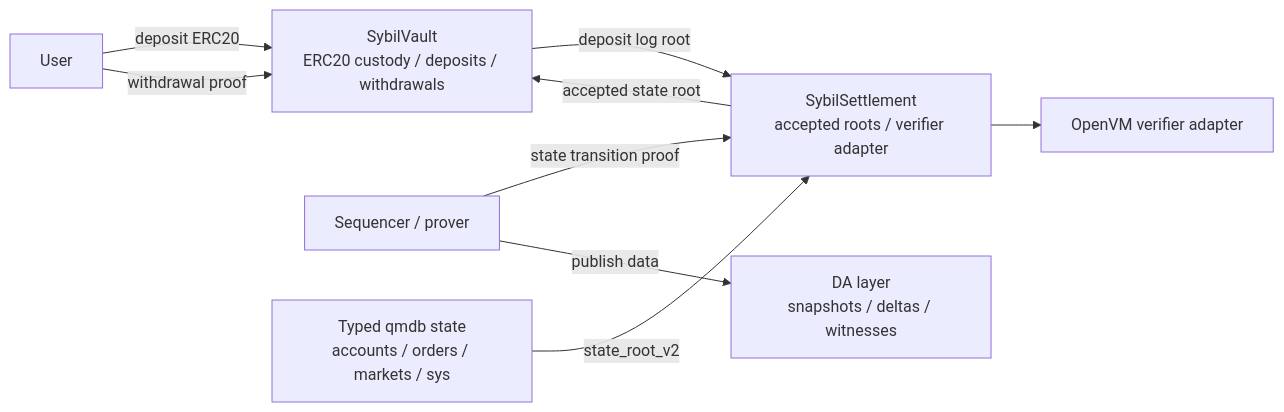
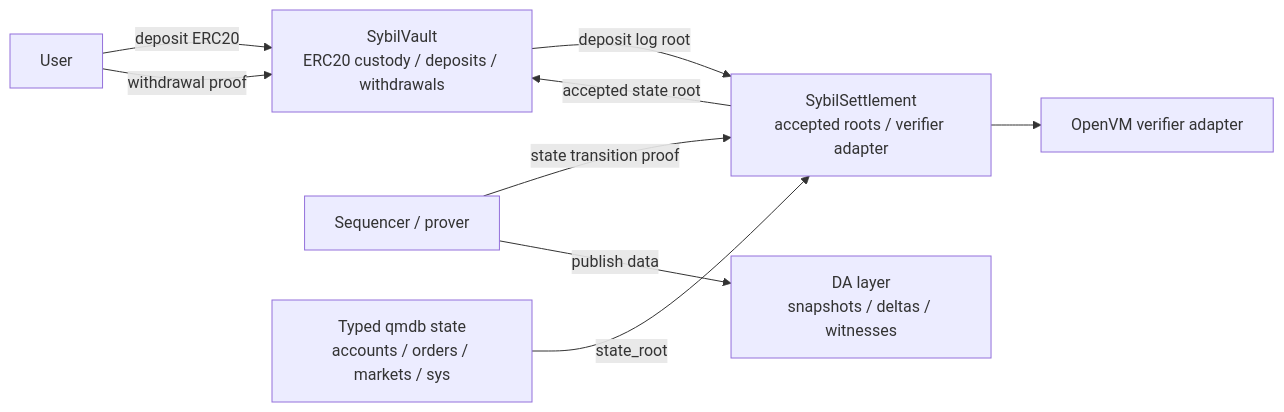
The diagram in docs/architecture/L1 Settlement and Vault.md (MetaB0y/sybil), drawn with Mermaid before and after one commit. The commit also changed other lines of this file and 19 other files, not shown here.

````diff
--- a/docs/architecture/L1 Settlement and Vault.md
+++ b/docs/architecture/L1 Settlement and Vault.md
@@ -45,19 +45,19 @@
 ```mermaid
 flowchart LR
     USER["User"]
     VAULT["SybilVault<br/>ERC20 custody / deposits / withdrawals"]
     SETTLEMENT["SybilSettlement<br/>accepted roots / verifier adapter"]
     VERIFIER["OpenVM verifier adapter"]
     SEQ["Sequencer / prover"]
     STATE["Typed qmdb state<br/>accounts / orders / markets / sys"]
     DA["DA layer<br/>snapshots / deltas / witnesses"]
 
     USER -->|"deposit ERC20"| VAULT
     VAULT -->|"deposit log root"| SETTLEMENT
     SEQ -->|"state transition proof"| SETTLEMENT
     SETTLEMENT --> VERIFIER
     SETTLEMENT -->|"accepted state root"| VAULT
     USER -->|"withdrawal proof"| VAULT
     SEQ -->|"publish data"| DA
-    STATE -->|"state_root_v2"| SETTLEMENT
+    STATE -->|"state_root"| SETTLEMENT
 ```
````
